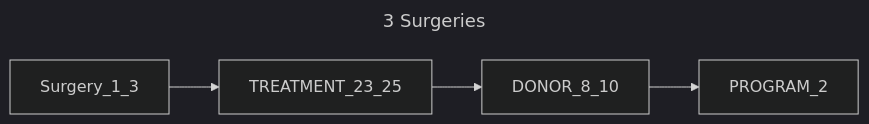
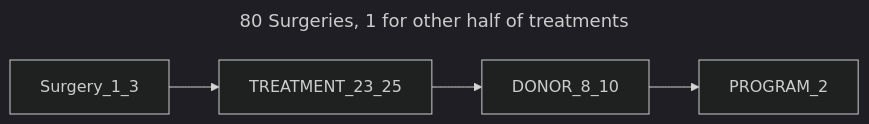
One commit to CanDIG/katsu changed the eighth of 13 diagrams in chord_metadata_service/mohpackets/data/small_dataset/README.md. Above: the diagram before and after it, drawn with Mermaid (dark theme). The commit also changed other lines of this file, not shown here.

Commit message:
adjust sample graph

````diff
--- a/chord_metadata_service/mohpackets/data/small_dataset/README.md
+++ b/chord_metadata_service/mohpackets/data/small_dataset/README.md
@@ -167,7 +142,7 @@
 ```mermaid
 ---
-title: 3 Surgeries
+title: 80 Surgeries, 1 for other half of treatments
 ---
 graph LR;  
   Surgery_1_3 --> TREATMENT_23_25 --> DONOR_8_10 --> PROGRAM_2;  
 ```
````
